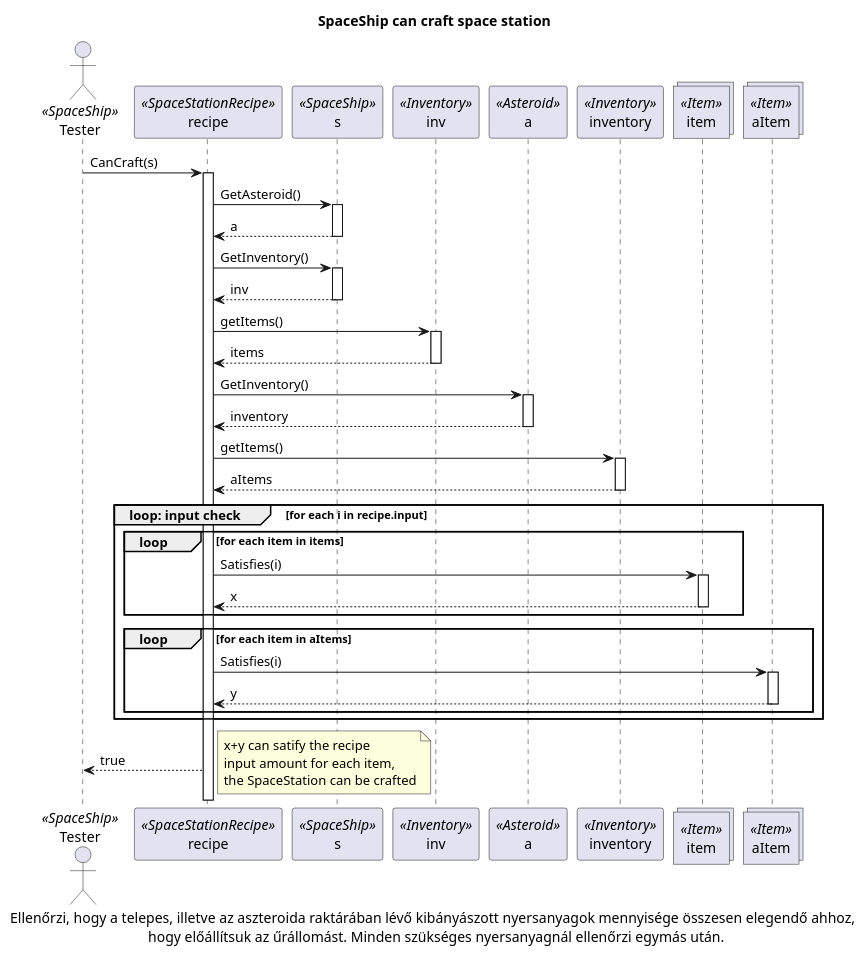
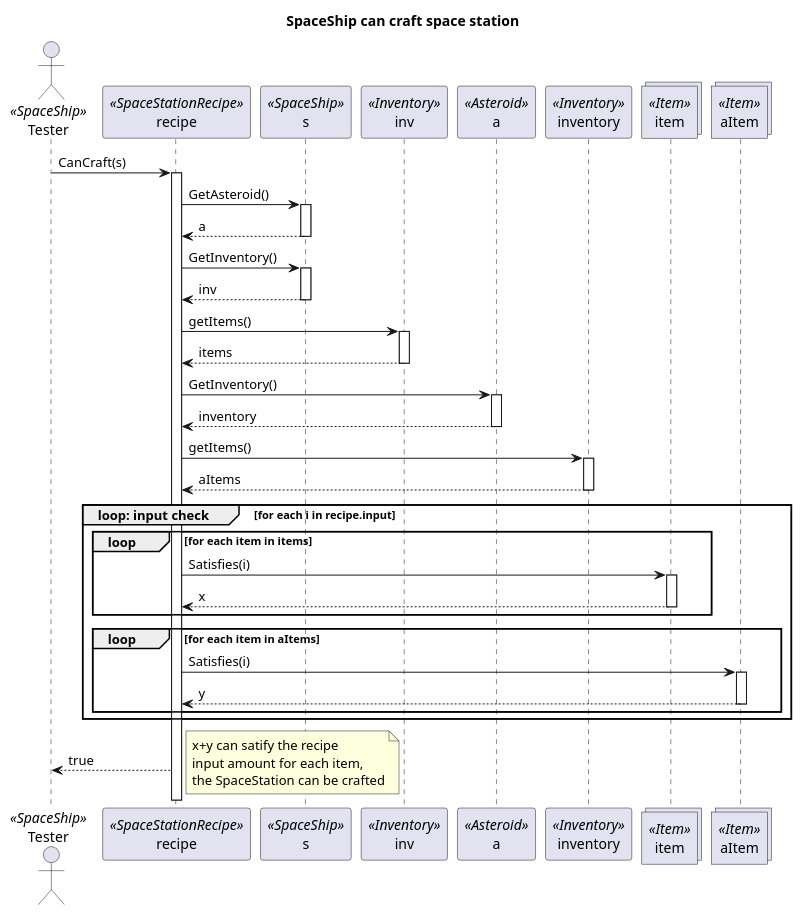
The diagram in docs/Skeleton/diagrams/Craft_space_station/sequence/2.Possible_to_craft_station.puml (viseguard-studios/Documentation), drawn with PlantUML before and after one commit. The commit also changed 14 other files, not shown here.

Commit message:
update uml

```diff
--- a/docs/Skeleton/diagrams/Craft_space_station/sequence/2.Possible_to_craft_station.puml
+++ b/docs/Skeleton/diagrams/Craft_space_station/sequence/2.Possible_to_craft_station.puml
@@ -1,54 +1,53 @@
 @startuml
 actor Tester as Tester <<SpaceShip>>
 participant recipe as recipe <<SpaceStationRecipe>>
 participant s as s <<SpaceShip>>
 participant inv as inv <<Inventory>>
 participant a as a <<Asteroid>>
 participant inventory as inventory <<Inventory>>
 collections item as item <<Item>>
 collections aItem as aItem <<Item>>
 
 title SpaceShip can craft space station
 
 Tester-> recipe++: CanCraft(s)
 recipe -> s++: GetAsteroid()
 
 s --> recipe--: a
 recipe -> s++: GetInventory()
 
 s --> recipe--: inv
 
 recipe -> inv++: getItems()
 inv --> recipe--: items
 
 recipe -> a++: GetInventory()
 a --> recipe--: inventory
 
 recipe -> inventory++: getItems()
 inventory --> recipe--: aItems
 
 group loop: input check[for each i in recipe.input]
 
     group loop [for each item in items]
         recipe -> item++: Satisfies(i)
         item --> recipe--: x
     end
 
     group loop [for each item in aItems]
         recipe -> aItem++: Satisfies(i)
         aItem --> recipe--: y
     end
 end
 
 recipe --> Tester: true
 
 note right
 x+y can satify the recipe
 input amount for each item,
 the SpaceStation can be crafted
 end note
 
-caption Ellenőrzi, hogy a telepes, illetve az aszteroida raktárában lévő kibányászott nyersanyagok mennyisége összesen elegendő ahhoz, \n hogy előállítsuk az űrállomást. Minden szükséges nyersanyagnál ellenőrzi egymás után. 
 
 
 @enduml
```
